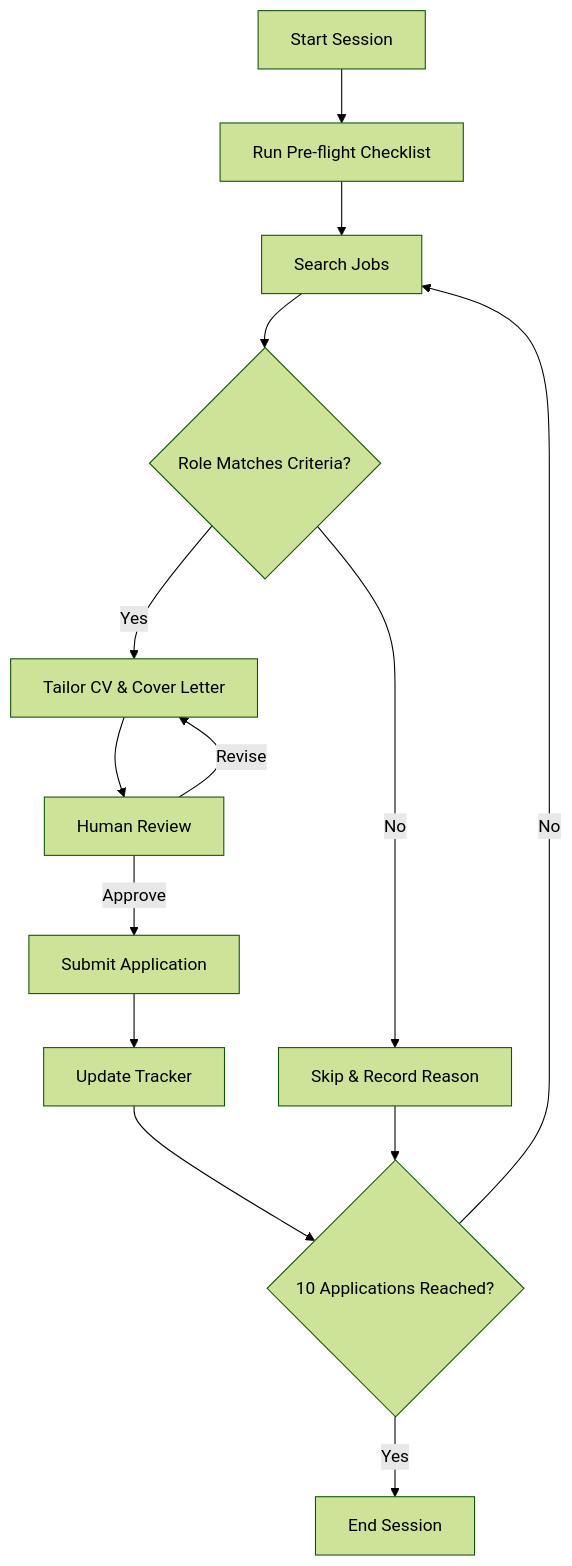
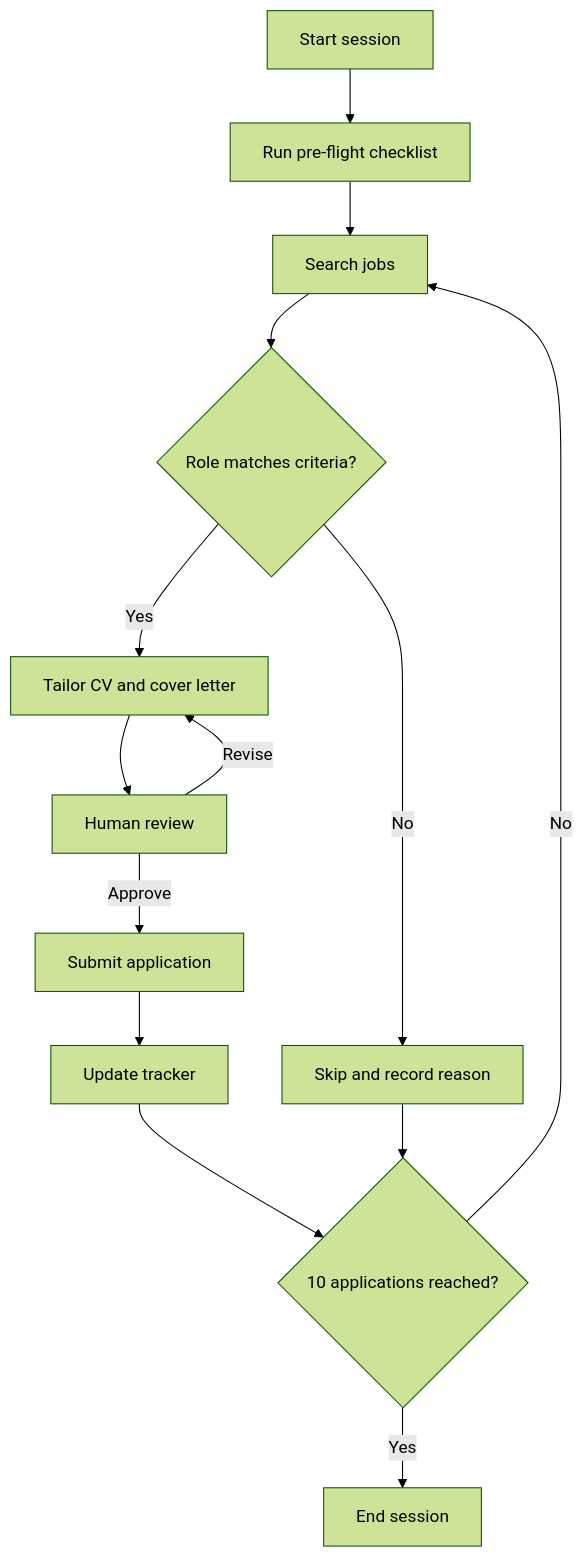
One commit to kakkarprerna/agentic-job-application-workflow changed the third of 4 diagrams in readme.md. Above: the diagram before and after it, drawn with Mermaid (forest theme). The commit also changed other lines of this file, not shown here.

````diff
--- a/readme.md
+++ b/readme.md
@@ -119,53 +65,17 @@
 ```mermaid
 flowchart TD
-
-Start["Start Session"]
-
---> Checklist["Run Pre-flight Checklist"]
-
-Checklist
-
---> Search["Search Jobs"]
-
-Search
-
---> Fit{"Role Matches Criteria?"}
-
-Fit
-
--->|No| Skip["Skip & Record Reason"]
-
-Fit
-
--->|Yes| Tailor["Tailor CV & Cover Letter"]
-
-Tailor
-
---> Review["Human Review"]
-
-Review
-
--->|Revise| Tailor
-
-Review
-
--->|Approve| Submit["Submit Application"]
-
-Submit
-
---> Log["Update Tracker"]
-
-Log
-
---> Limit{"10 Applications Reached?"}
-
+Start["Start session"]
+--> Checklist["Run pre-flight checklist"]
+Checklist --> Search["Search jobs"]
+Search --> Fit{"Role matches criteria?"}
+Fit -->|No| Skip["Skip and record reason"]
+Fit -->|Yes| Tailor["Tailor CV and cover letter"]
+Tailor --> Review["Human review"]
+Review -->|Revise| Tailor
+Review -->|Approve| Submit["Submit application"]
+Submit --> Log["Update tracker"]
+Log --> Limit{"10 applications reached?"}
 Skip --> Limit
-
-Limit
-
--->|No| Search
-
-Limit
-
--->|Yes| End["End Session"]
+Limit -->|No| Search
+Limit -->|Yes| End["End session"]
 ```
````
